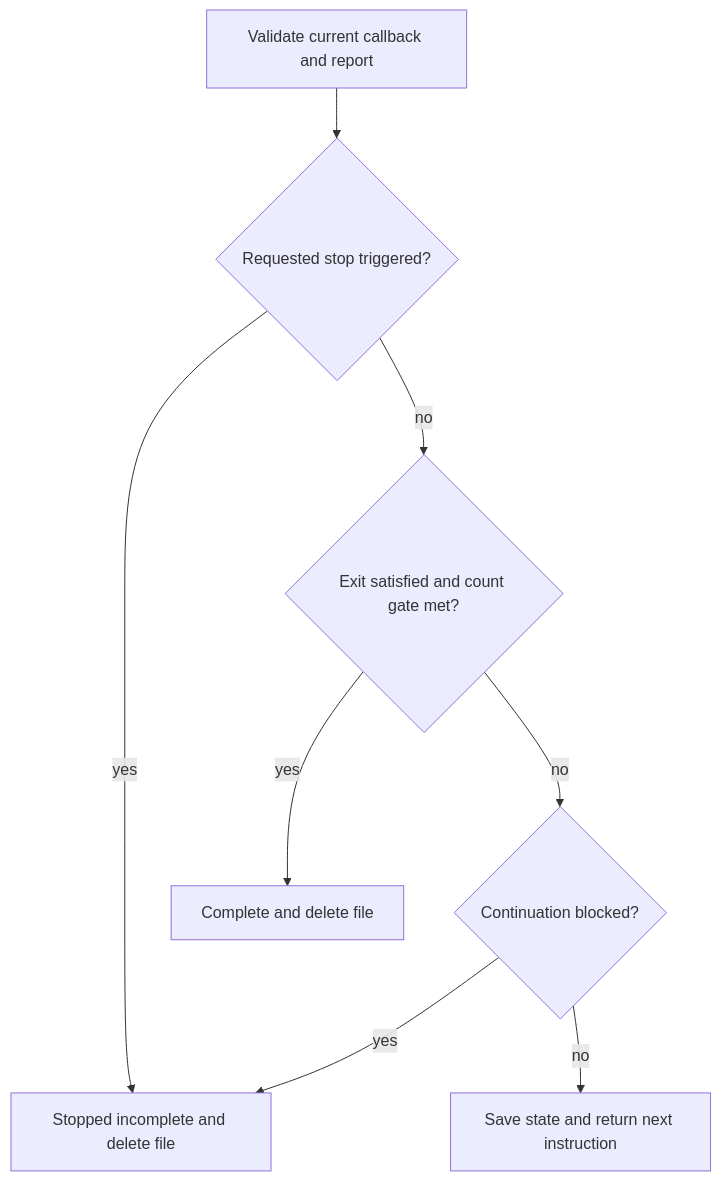
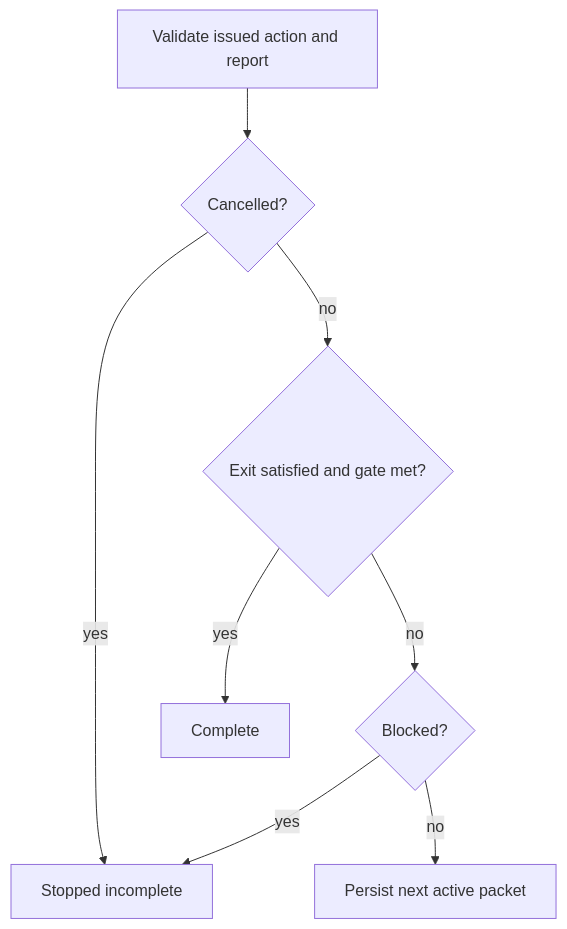
The fourth of 6 diagrams in README.md (whichguy/until-loop), drawn with Mermaid before and after one commit. The commit also changed other lines of this file and 3 other files, not shown here.

````diff
--- a/README.md
+++ b/README.md
@@ -209,10 +235,10 @@
 ```mermaid
 flowchart TD
-    Report[Validate current callback and report] --> Cancel{Requested stop triggered?}
-    Cancel -->|yes| Stop[Stopped incomplete and delete file]
-    Cancel -->|no| Success{Exit satisfied and count gate met?}
-    Success -->|yes| Complete[Complete and delete file]
-    Success -->|no| Blocked{Continuation blocked?}
+    Valid[Validate issued action and report] --> Cancel{Cancelled?}
+    Cancel -->|yes| Stop[Stopped incomplete]
+    Cancel -->|no| Success{Exit satisfied and gate met?}
+    Success -->|yes| Complete[Complete]
+    Success -->|no| Blocked{Blocked?}
     Blocked -->|yes| Stop
-    Blocked -->|no| Next[Save state and return next instruction]
+    Blocked -->|no| Active[Persist next active packet]
 ```
````
